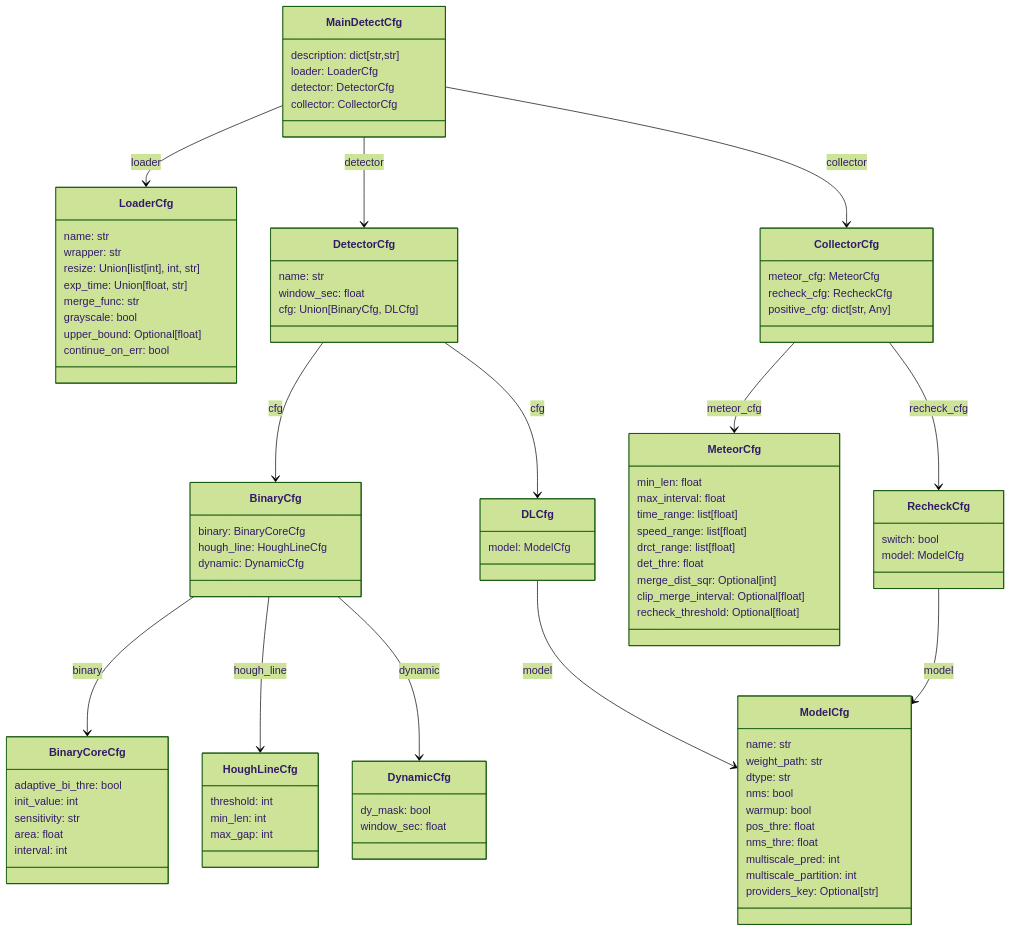
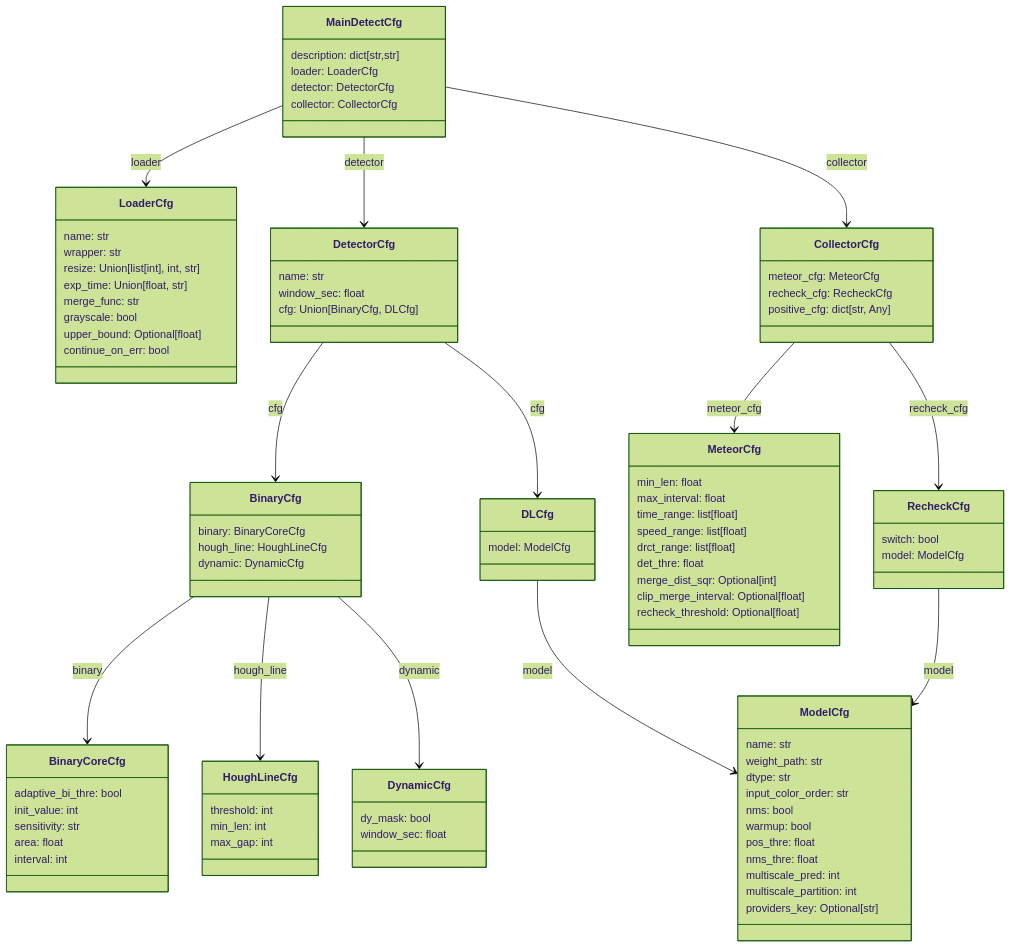
The first of 2 diagrams in docs/config-doc-cn.md (LilacMeteorObservatory/MetDetPy), drawn with Mermaid (forest theme) before and after one commit. The commit also changed other lines of this file and 13 other files, not shown here.

```diff
--- a/docs/config-doc-cn.md
+++ b/docs/config-doc-cn.md
@@ -39,6 +39,7 @@
     name: str
     weight_path: str
     dtype: str
+    input_color_order: str
     nms: bool
     warmup: bool
     pos_thre: float
```
